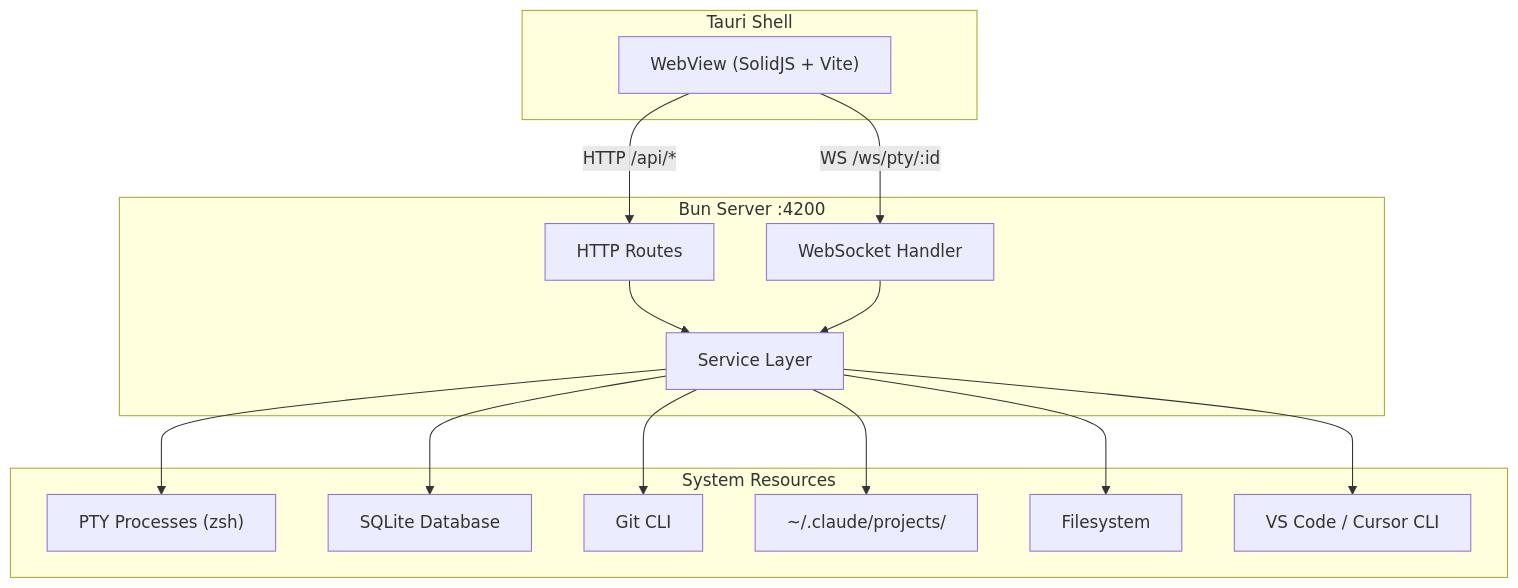
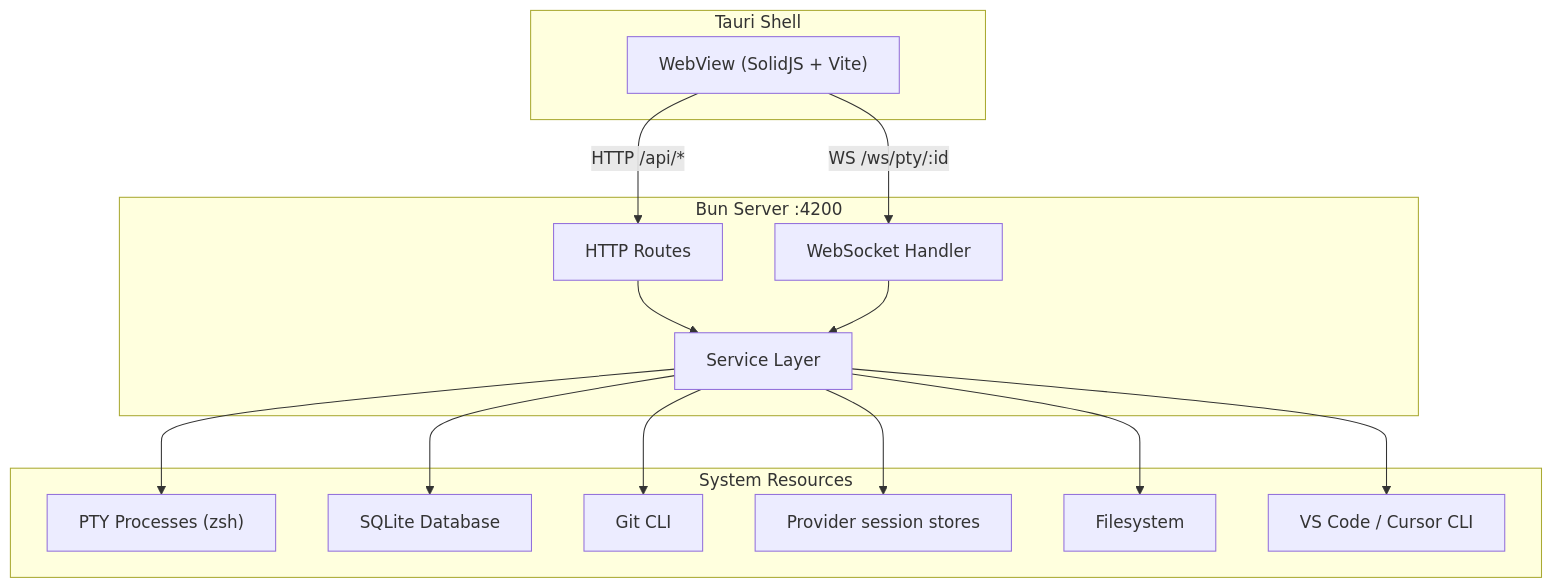
The first of 6 diagrams in README.md (wilky-way/bord), drawn with Mermaid before and after one commit. The commit also changed other lines of this file and 42 other files, not shown here.

````diff
--- a/README.md
+++ b/README.md
@@ -59,32 +142,32 @@
 ```mermaid
 graph TD
     subgraph Desktop["Tauri Shell"]
         WebView["WebView (SolidJS + Vite)"]
     end
 
     subgraph Server["Bun Server :4200"]
         Routes["HTTP Routes"]
         WS["WebSocket Handler"]
         Services["Service Layer"]
     end
 
     subgraph Backend["System Resources"]
         PTY["PTY Processes (zsh)"]
         SQLite["SQLite Database"]
         Git["Git CLI"]
-        Claude["~/.claude/projects/"]
+        SessionStores["Provider session stores"]
         FS["Filesystem"]
         Editors["VS Code / Cursor CLI"]
     end
 
     WebView -->|"HTTP /api/*"| Routes
     WebView -->|"WS /ws/pty/:id"| WS
     Routes --> Services
     WS --> Services
     Services --> PTY
     Services --> SQLite
     Services --> Git
-    Services --> Claude
+    Services --> SessionStores
     Services --> FS
     Services --> Editors
 ```
````
